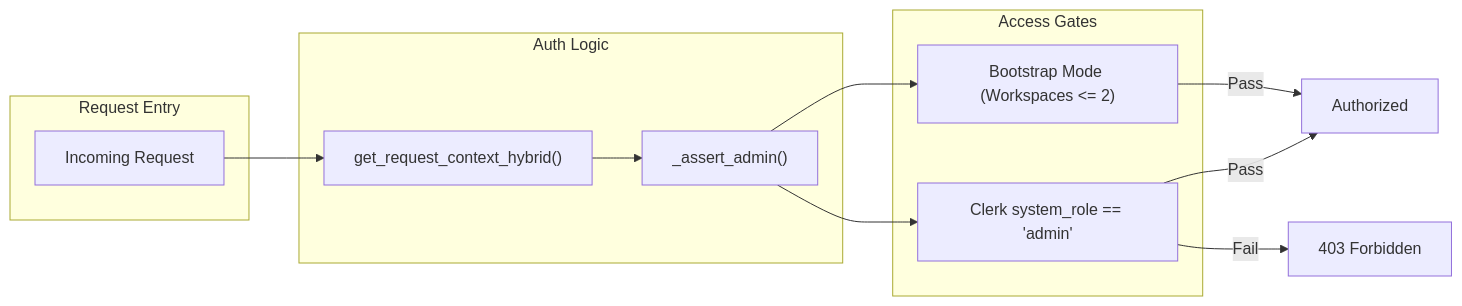
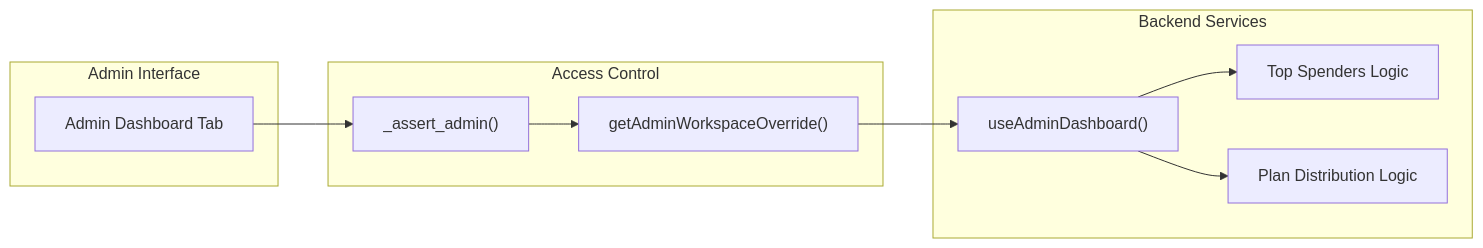
Before and after one commit to AutomatosAI/automatos-ai: the second of 2 diagrams in docs/analytics-monitoring/analytics-api-reference.md, drawn with Mermaid. The commit also changed other lines of this file and 153 other files, not shown here.

````diff
--- a/docs/analytics-monitoring/analytics-api-reference.md
+++ b/docs/analytics-monitoring/analytics-api-reference.md
@@ -235,24 +145,23 @@
 ```mermaid
 graph LR
-    subgraph "Request Entry"
-        Req["Incoming Request"]
+    subgraph "Admin Interface"
+        Dash["Admin Dashboard Tab"]
     end
 
-    subgraph "Auth Logic"
-        HybridAuth["get_request_context_hybrid()"]
-        AssertAdmin["_assert_admin()"]
+    subgraph "Access Control"
+        AdminCheck["_assert_admin()"]
+        WS_Scope["getAdminWorkspaceOverride()"]
     end
 
-    subgraph "Access Gates"
-        Bootstrap["Bootstrap Mode (Workspaces <= 2)"]
-        RoleCheck["Clerk system_role == 'admin'"]
+    subgraph "Backend Services"
+        DashboardSvc["useAdminDashboard()"]
+        SpenderSvc["Top Spenders Logic"]
+        PlanDist["Plan Distribution Logic"]
     end
 
-    Req --> HybridAuth
-    HybridAuth --> AssertAdmin
-    AssertAdmin --> Bootstrap
-    AssertAdmin --> RoleCheck
-    Bootstrap -->|Pass| Success["Authorized"]
-    RoleCheck -->|Pass| Success
-    RoleCheck -->|Fail| Deny["403 Forbidden"]
+    Dash --> AdminCheck
+    AdminCheck --> WS_Scope
+    WS_Scope --> DashboardSvc
+    DashboardSvc --> SpenderSvc
+    DashboardSvc --> PlanDist
 ```
````
